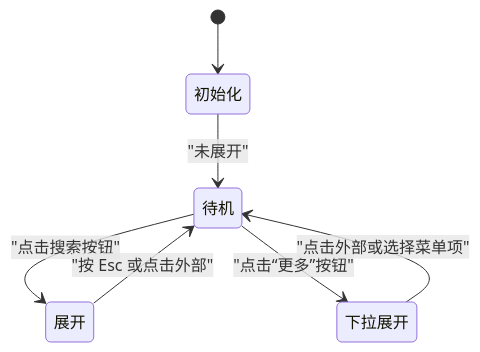
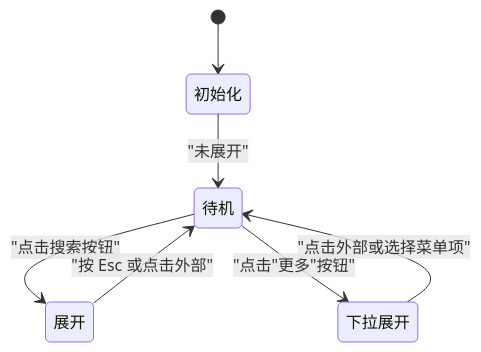
The seventh of 8 diagrams in .qoder/repowiki/zh/content/组件系统/导航组件.md (erikliu123/storage_ai_blog), drawn with Mermaid before and after one commit. The commit also changed other lines of this file and 10 other files, not shown here.

Commit message:
fix: Add missing FAST 2023 learned-index, cloud-block, nvme-queue architecture diagrams

````diff
--- a/.qoder/repowiki/zh/content/组件系统/导航组件.md
+++ b/.qoder/repowiki/zh/content/组件系统/导航组件.md
@@ -239,9 +258,9 @@
 ```mermaid
 stateDiagram-v2
 [*] --> 初始化
 初始化 --> 待机 : "未展开"
 待机 --> 展开 : "点击搜索按钮"
 展开 --> 待机 : "按 Esc 或点击外部"
-待机 --> 下拉展开 : "点击“更多”按钮"
+待机 --> 下拉展开 : "点击"更多"按钮"
 下拉展开 --> 待机 : "点击外部或选择菜单项"
 ```
````
